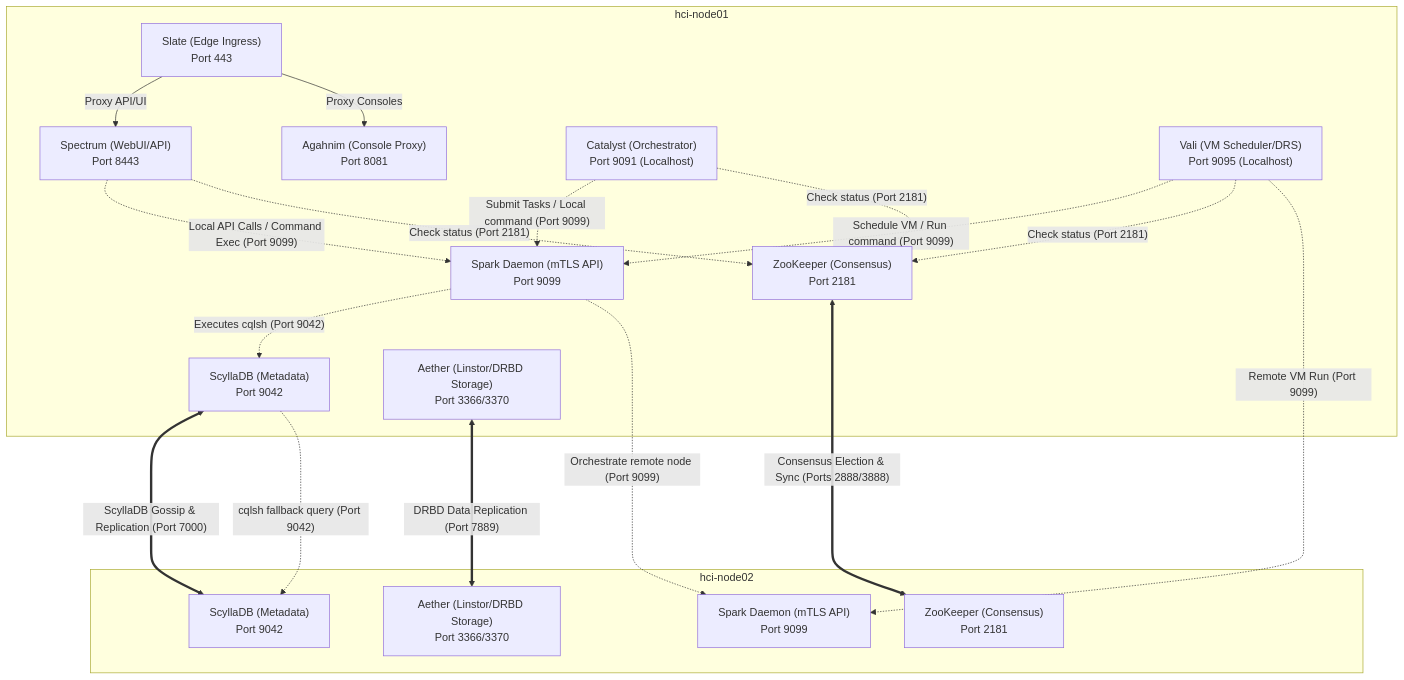
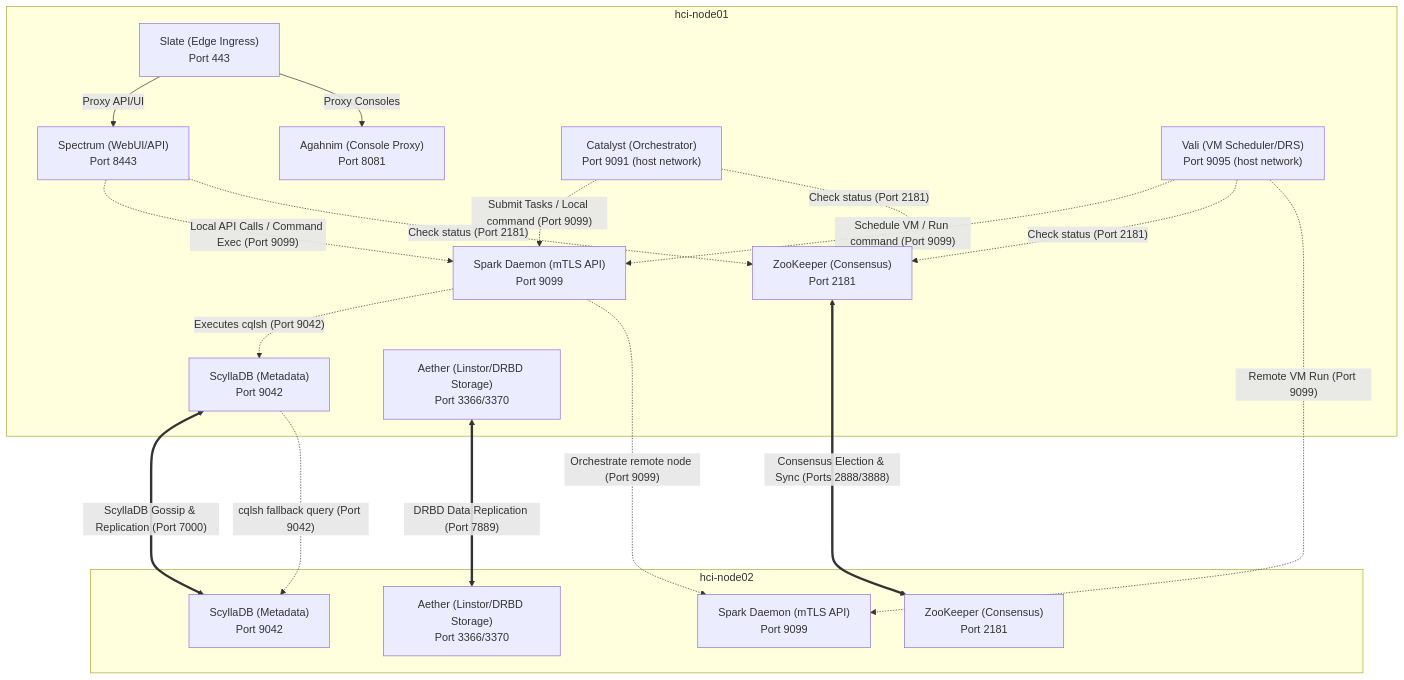
One commit to AuroraRyunix/Helios-HCI changed the diagram in README.md. Above: the diagram before and after it, drawn with Mermaid. The commit also changed other lines of this file and 71 other files, not shown here.

````diff
--- a/README.md
+++ b/README.md
@@ -164,46 +246,46 @@
 ```mermaid
 flowchart TB
     subgraph Host1 [hci-node01]
         Slate1["Slate (Edge Ingress)<br>Port 443"]
         Spectrum1["Spectrum (WebUI/API)<br>Port 8443"]
         Agahnim1["Agahnim (Console Proxy)<br>Port 8081"]
-        Catalyst1["Catalyst (Orchestrator)<br>Port 9091 (Localhost)"]
-        Vali1["Vali (VM Scheduler/DRS)<br>Port 9095 (Localhost)"]
+        Catalyst1["Catalyst (Orchestrator)<br>Port 9091 (host network)"]
+        Vali1["Vali (VM Scheduler/DRS)<br>Port 9095 (host network)"]
         Spark1["Spark Daemon (mTLS API)<br>Port 9099"]
         ZK1["ZooKeeper (Consensus)<br>Port 2181"]
         DB1["ScyllaDB (Metadata)<br>Port 9042"]
         Aether1["Aether (Linstor/DRBD Storage)<br>Port 3366/3370"]
     end
     Slate1 -->|"Proxy API/UI"| Spectrum1
     Slate1 -->|"Proxy Consoles"| Agahnim1
 
     subgraph Host2 [hci-node02]
         Spark2["Spark Daemon (mTLS API)<br>Port 9099"]
         ZK2["ZooKeeper (Consensus)<br>Port 2181"]
         DB2["ScyllaDB (Metadata)<br>Port 9042"]
         Aether2["Aether (Linstor/DRBD Storage)<br>Port 3366/3370"]
     end
 
     %% Internal service orchestration and query flows on Host1
     Spectrum1 -.->|"Local API Calls / Command Exec (Port 9099)"| Spark1
     Catalyst1 -.->|"Submit Tasks / Local command (Port 9099)"| Spark1
     Vali1 -.->|"Schedule VM / Run command (Port 9099)"| Spark1
     
     %% Direct TCP status checks
     Spectrum1 -.->|"Check status (Port 2181)"| ZK1
     Catalyst1 -.->|"Check status (Port 2181)"| ZK1
     Vali1 -.->|"Check status (Port 2181)"| ZK1
 
     %% Local database access via spark execution
     Spark1 -.->|"Executes cqlsh (Port 9042)"| DB1
 
     %% Inter-node replication and consensus (Cluster Mesh)
     DB1 <===>|"ScyllaDB Gossip & Replication (Port 7000)"| DB2
     ZK1 <===>|"Consensus Election & Sync (Ports 2888/3888)"| ZK2
     Aether1 <===>|"DRBD Data Replication (Port 7889)"| Aether2
 
     %% Remote orchestration and fallbacks
     Spark1 -.->|"Orchestrate remote node (Port 9099)"| Spark2
     Vali1 -.->|"Remote VM Run (Port 9099)"| Spark2
     DB1 -.->|"cqlsh fallback query (Port 9042)"| DB2
 ```
````
